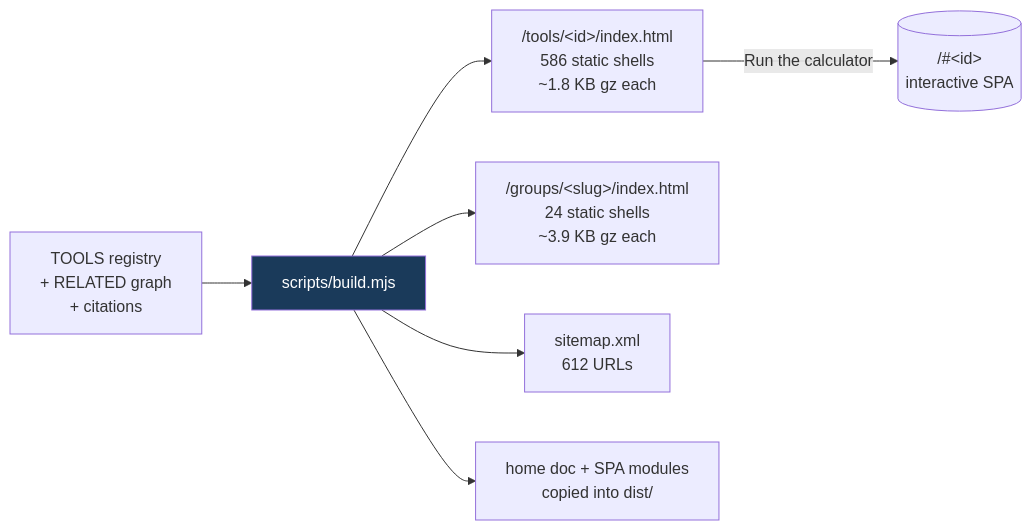
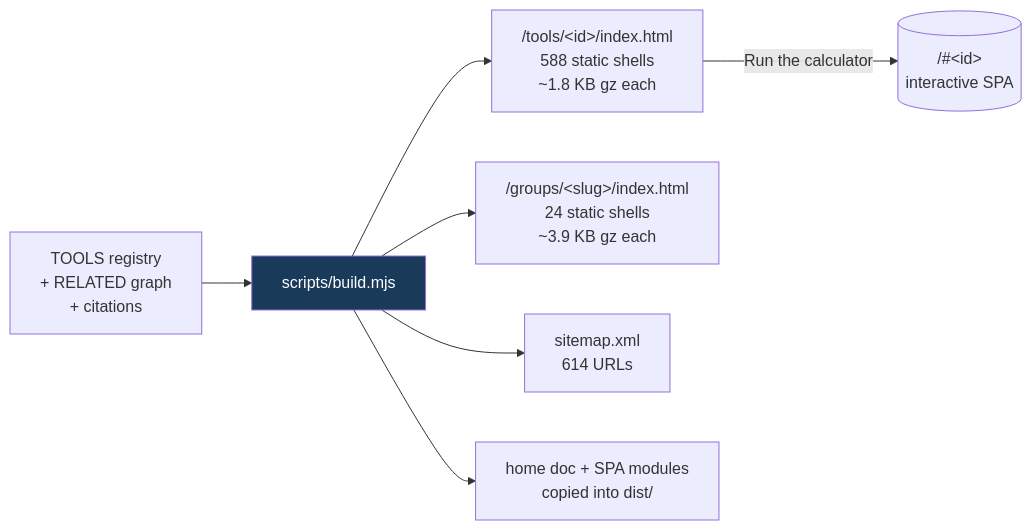
Before and after one commit to clay-good/roughlogic.com: the fifth of 8 diagrams in README.md, drawn with Mermaid. The commit also changed other lines of this file and 17 other files, not shown here.

````diff
--- a/README.md
+++ b/README.md
@@ -356,10 +358,10 @@
 ```mermaid
 flowchart LR
     SRC[TOOLS registry\n+ RELATED graph\n+ citations] --> BUILD[scripts/build.mjs]
-    BUILD --> TILE["/tools/&lt;id&gt;/index.html\n586 static shells\n~1.8 KB gz each"]
+    BUILD --> TILE["/tools/&lt;id&gt;/index.html\n588 static shells\n~1.8 KB gz each"]
     BUILD --> GROUP["/groups/&lt;slug&gt;/index.html\n24 static shells\n~3.9 KB gz each"]
-    BUILD --> MAP["sitemap.xml\n612 URLs"]
+    BUILD --> MAP["sitemap.xml\n614 URLs"]
     BUILD --> COPY[home doc + SPA modules\ncopied into dist/]
     TILE -->|Run the calculator| SPA[("/#&lt;id&gt;\ninteractive SPA")]
     style BUILD fill:#1a3a5a,color:#fff
 ```
````
